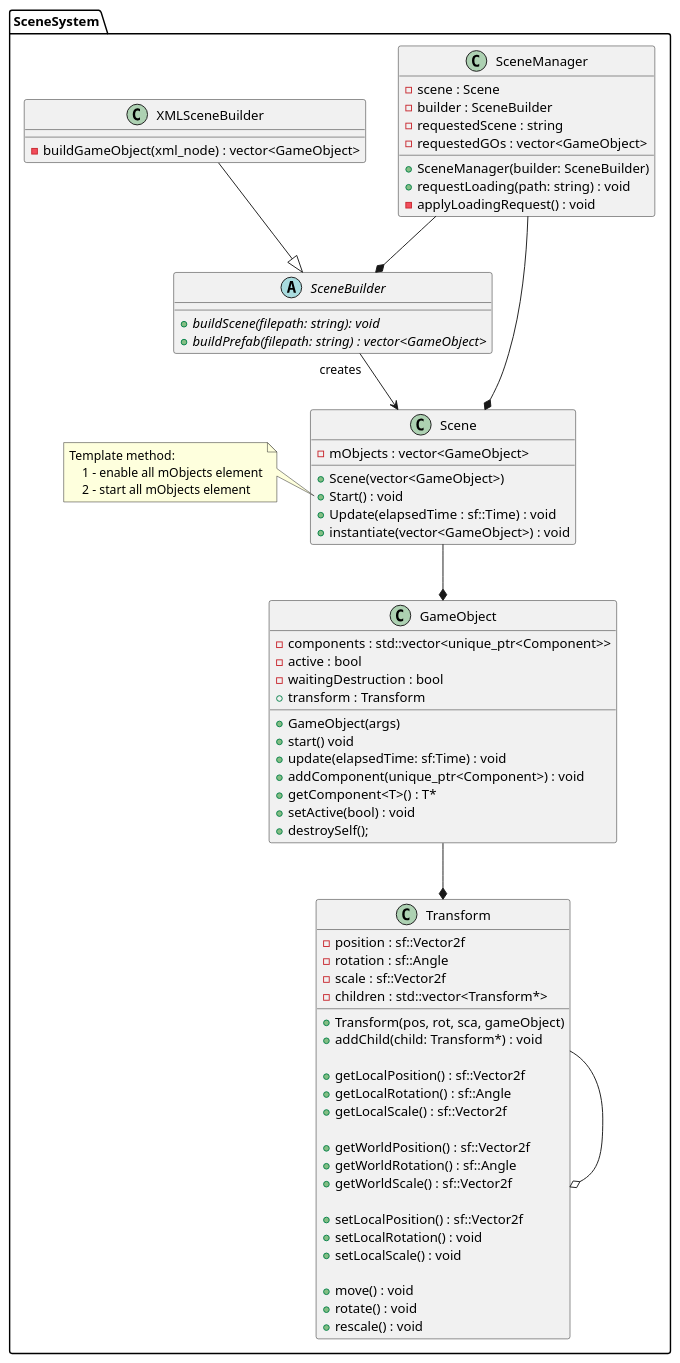
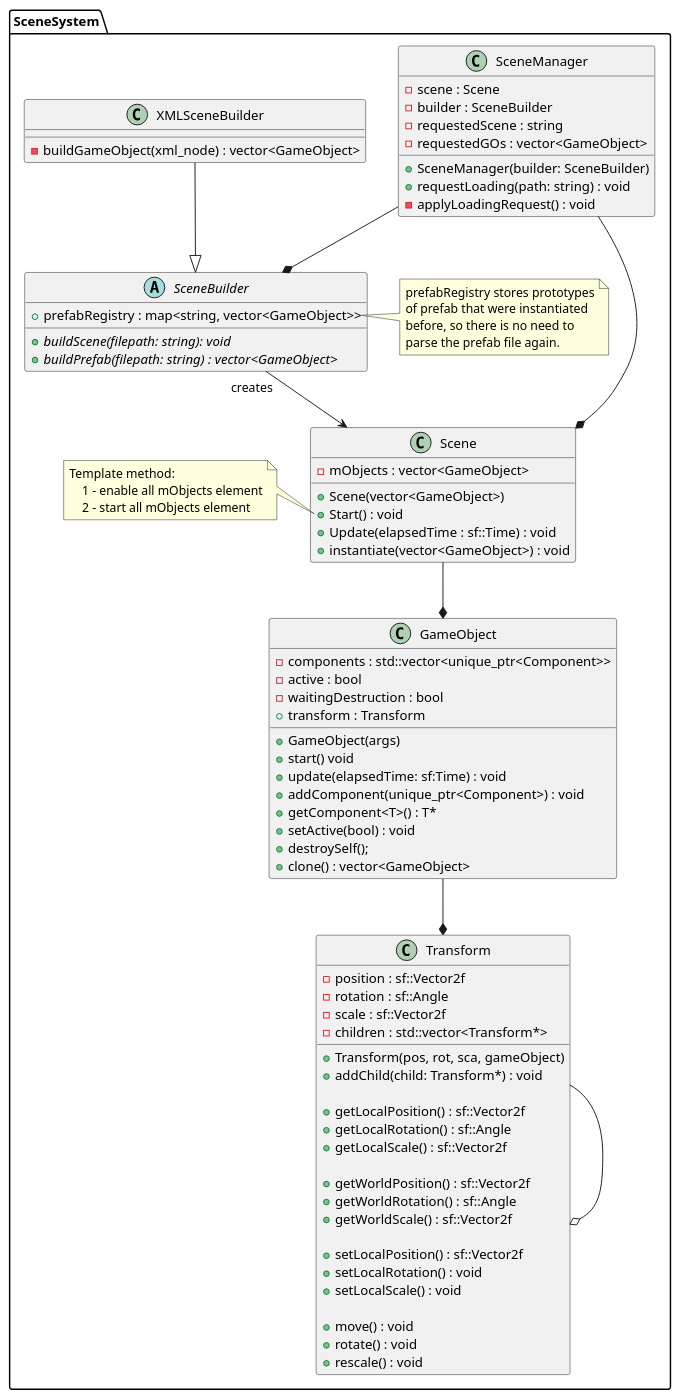
Before and after one commit to AntoFruch/PatternFactory: the diagram in doc/uml/sceneSystem.puml, drawn with PlantUML. The commit also changed 4 other files, not shown here.

Commit message:
prototype pattern for prefab working fine. Curiously Recurring Template pattern to hide clone() methods from user.

```diff
--- a/doc/uml/sceneSystem.puml
+++ b/doc/uml/sceneSystem.puml
@@ -1,93 +1,102 @@
 @startuml sceneSystem
 
 namespace SceneSystem {
 
     class Scene{
         - mObjects : vector<GameObject>
 
         + Scene(vector<GameObject>)
         + Start() : void
         + Update(elapsedTime : sf::Time) : void
         + instantiate(vector<GameObject>) : void
     }
 
     class SceneManager {
         - scene : Scene
         - builder : SceneBuilder
         - requestedScene : string
         - requestedGOs : vector<GameObject>
 
         + SceneManager(builder: SceneBuilder)
         + requestLoading(path: string) : void
         - applyLoadingRequest() : void
     }
 
     note left of Scene::Start
         Template method:
             1 - enable all mObjects element
             2 - start all mObjects element
     endnote
 
     abstract class SceneBuilder{
+        + prefabRegistry : map<string, vector<GameObject>>
+
         + {abstract} buildScene(filepath: string): void
         + {abstract} buildPrefab(filepath: string) : vector<GameObject>
     }
+    note right of SceneBuilder::prefabRegistry
+        prefabRegistry stores prototypes
+        of prefab that were instantiated
+        before, so there is no need to
+        parse the prefab file again.
+    endnote
 
     class XMLSceneBuilder{
         - buildGameObject(xml_node) : vector<GameObject>
     }
 
     XMLSceneBuilder --|> SceneBuilder
 
     class GameObject{
         - components : std::vector<unique_ptr<Component>>
         - active : bool
         - waitingDestruction : bool
         + transform : Transform
 
         + GameObject(args)
         + start() void
         + update(elapsedTime: sf:Time) : void
         + addComponent(unique_ptr<Component>) : void
         + getComponent<T>() : T*
         + setActive(bool) : void
         + destroySelf();
+        + clone() : vector<GameObject>
     }
 
     class Transform {
         - position : sf::Vector2f
         - rotation : sf::Angle
         - scale : sf::Vector2f
         - children : std::vector<Transform*>
 
         + Transform(pos, rot, sca, gameObject)
         + addChild(child: Transform*) : void
 
         + getLocalPosition() : sf::Vector2f
         + getLocalRotation() : sf::Angle
         + getLocalScale() : sf::Vector2f
 
         + getWorldPosition() : sf::Vector2f
         + getWorldRotation() : sf::Angle
         + getWorldScale() : sf::Vector2f
 
         + setLocalPosition() : sf::Vector2f
         + setLocalRotation() : void
         + setLocalScale() : void
 
         + move() : void
         + rotate() : void
         + rescale() : void
     }
 
     SceneBuilder "creates" --> Scene
     SceneManager --* Scene
     SceneManager --* SceneBuilder
 
     GameObject --* Transform
     Transform --o Transform
 
     Scene --* GameObject
 }
 
 @enduml
```
